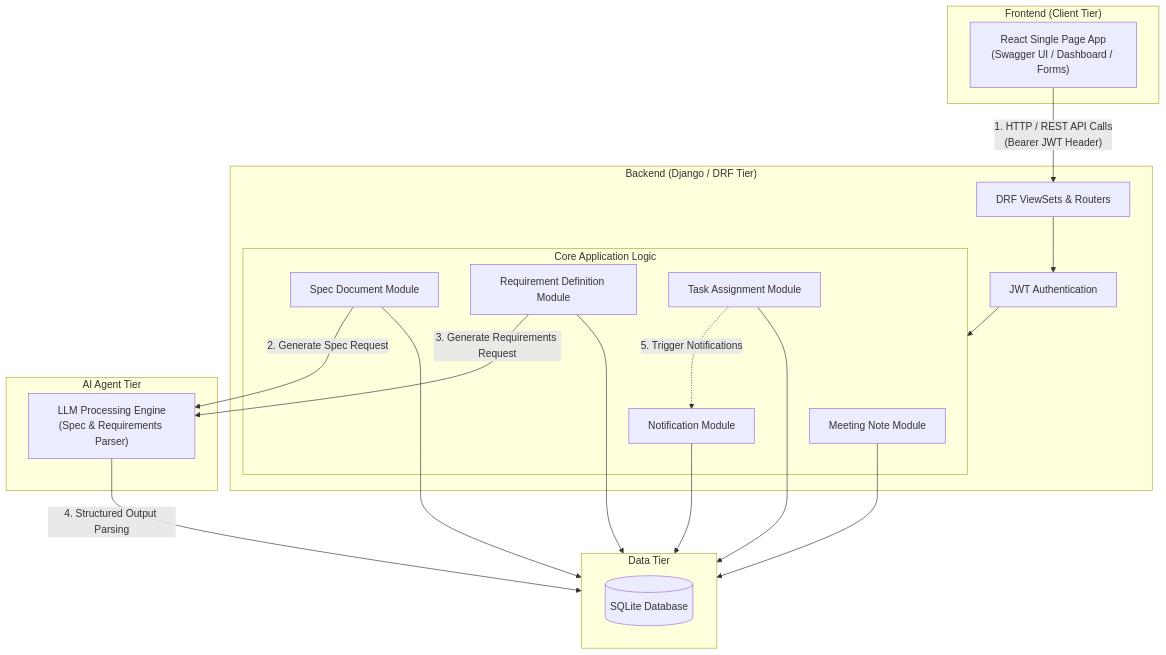
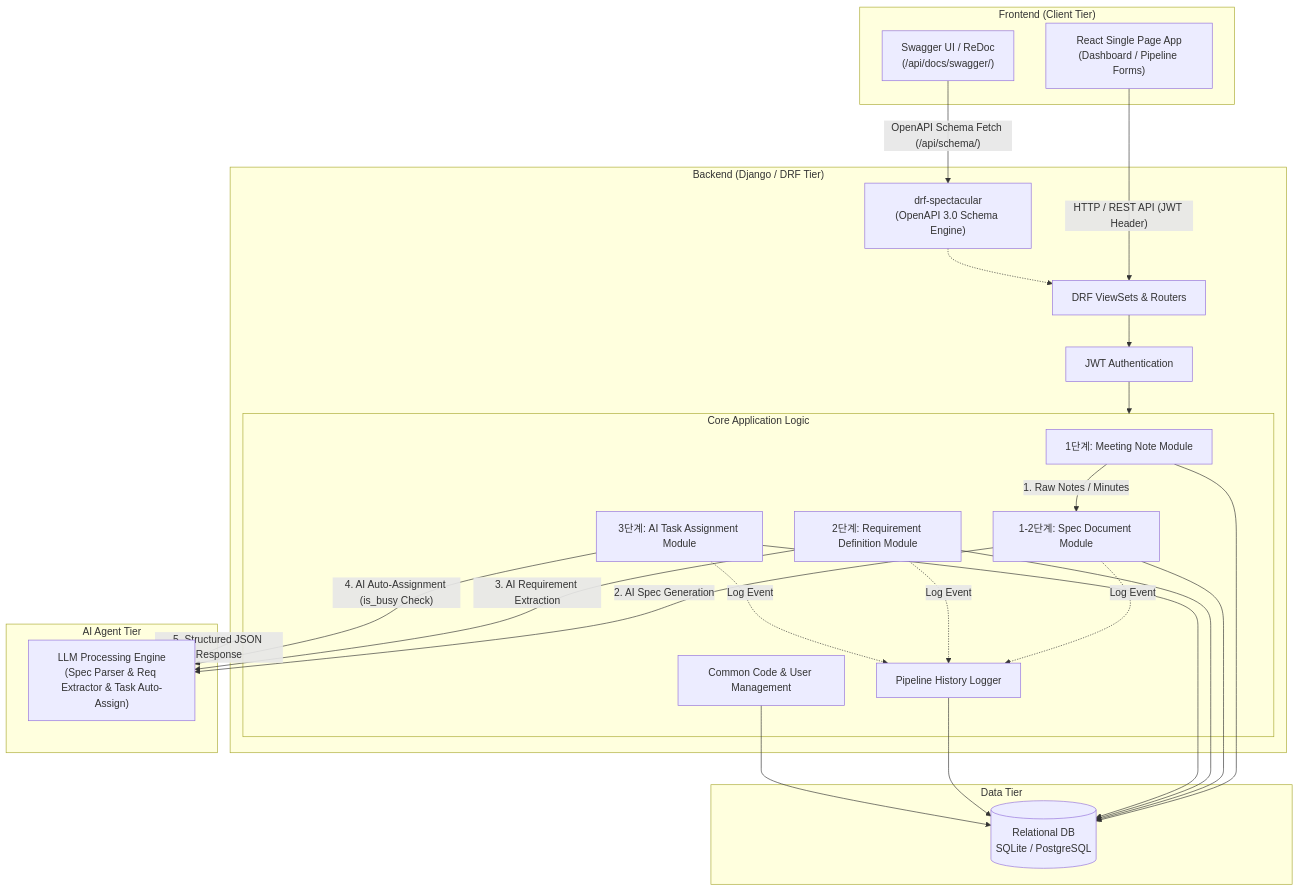
The first of 2 diagrams in backend/backend_readme.md (SKNETWORKS-FAMILY-AICAMP/SKN31-FINAL-1Team), drawn with Mermaid before and after one commit. The commit also changed other lines of this file and 5 other files, not shown here.

````diff
--- a/backend/backend_readme.md
+++ b/backend/backend_readme.md
@@ -14,46 +13,59 @@
 ```mermaid
 flowchart TB
-    subgraph Client ["Frontend (Client Tier)"]
-        ReactUI["React Single Page App<br/>(Swagger UI / Dashboard / Forms)"]
-    end
+  subgraph Client ["Frontend (Client Tier)"]
+      ReactUI["React Single Page App<br/>(Dashboard / Pipeline Forms)"]
+      SwaggerUI["Swagger UI / ReDoc<br/>(/api/docs/swagger/)"]
+  end
 
-    subgraph Backend ["Backend (Django / DRF Tier)"]
-        Router["DRF ViewSets & Routers"]
-        AuthModule["JWT Authentication"]
-        
-        subgraph BusinessLogic ["Core Application Logic"]
-            MeetingService["Meeting Note Module"]
-            SpecService["Spec Document Module"]
-            ReqService["Requirement Definition Module"]
-            TaskService["Task Assignment Module"]
-            NotificationService["Notification Module"]
-        end
-    end
+  subgraph Backend ["Backend (Django / DRF Tier)"]
+      Router["DRF ViewSets & Routers"]
+      AuthModule["JWT Authentication"]
+      DocsEngine["drf-spectacular<br/>(OpenAPI 3.0 Schema Engine)"]
+      
+      subgraph BusinessLogic ["Core Application Logic"]
+          MeetingService["1단계: Meeting Note Module"]
+          SpecService["1-2단계: Spec Document Module"]
+          ReqService["2단계: Requirement Definition Module"]
+          TaskService["3단계: AI Task Assignment Module"]
+          HistoryService["Pipeline History Logger"]
+          CommonService["Common Code & User Management"]
+      end
+  end
 
-    subgraph AI_Engine ["AI Agent Tier"]
-        LLM_Agent["LLM Processing Engine<br/>(Spec & Requirements Parser)"]
-    end
+  subgraph AI_Engine ["AI Agent Tier"]
+      LLM_Agent["LLM Processing Engine<br/>(Spec Parser & Req Extractor & Task Auto-Assign)"]
+  end
 
-    subgraph DataTier ["Data Tier"]
-        SQLiteDB[(SQLite Database)]
-    end
+  subgraph DataTier ["Data Tier"]
+      DB[(Relational DB<br/>SQLite / PostgreSQL)]
+  end
 
-    %% Interactions
-    ReactUI -->|"1. HTTP / REST API Calls<br/>(Bearer JWT Header)"| Router
-    Router --> AuthModule
-    AuthModule --> BusinessLogic
+  %% Interactions
+  ReactUI -->|"HTTP / REST API (JWT Header)"| Router
+  SwaggerUI -->|"OpenAPI Schema Fetch (/api/schema/)"| DocsEngine
+  DocsEngine -.-> Router
 
-    %% Pipeline Execution Steps
-    SpecService -->|"2. Generate Spec Request"| LLM_Agent
-    ReqService -->|"3. Generate Requirements Request"| LLM_Agent
-    LLM_Agent -->|"4. Structured Output Parsing"| DataTier
+  Router --> AuthModule
+  AuthModule --> BusinessLogic
 
-    MeetingService --> DataTier
-    SpecService --> DataTier
-    ReqService --> DataTier
-    TaskService --> DataTier
-    NotificationService --> DataTier
+  %% Multi-Stage AI Pipeline Execution Steps
+  MeetingService -->|"1. Raw Notes / Minutes"| SpecService
+  SpecService -->|"2. AI Spec Generation"| LLM_Agent
+  ReqService -->|"3. AI Requirement Extraction"| LLM_Agent
+  TaskService -->|"4. AI Auto-Assignment (is_busy Check)"| LLM_Agent
 
-    TaskService -.->|"5. Trigger Notifications"| NotificationService
-    
+  LLM_Agent -->|"5. Structured JSON Response"| BusinessLogic
+
+  %% Pipeline History Logging
+  SpecService -.->|"Log Event"| HistoryService
+  ReqService -.->|"Log Event"| HistoryService
+  TaskService -.->|"Log Event"| HistoryService
+
+  %% Data Persistence
+  MeetingService --> DB
+  SpecService --> DB
+  ReqService --> DB
+  TaskService --> DB
+  HistoryService --> DB
+  CommonService --> DB 
 ```
````
